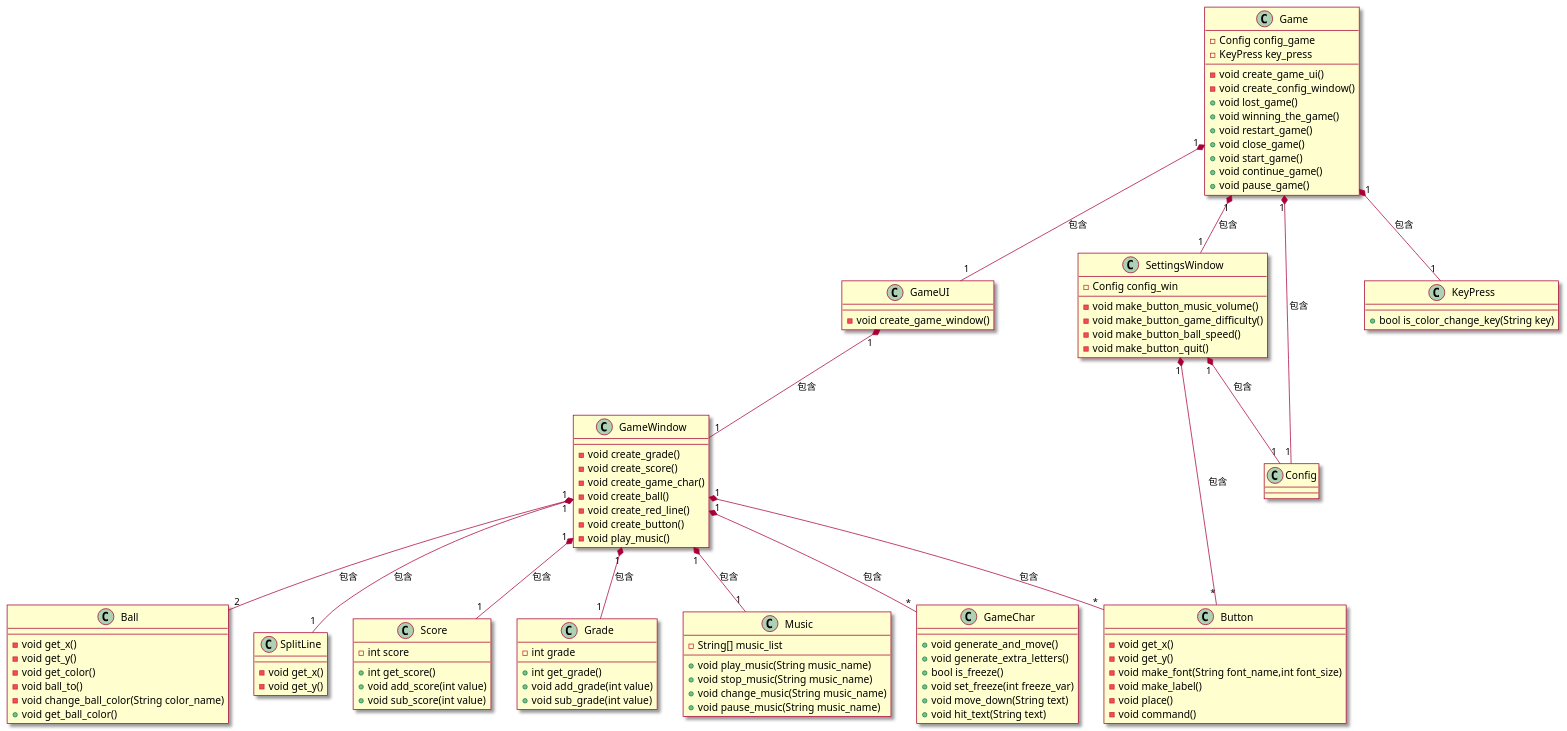
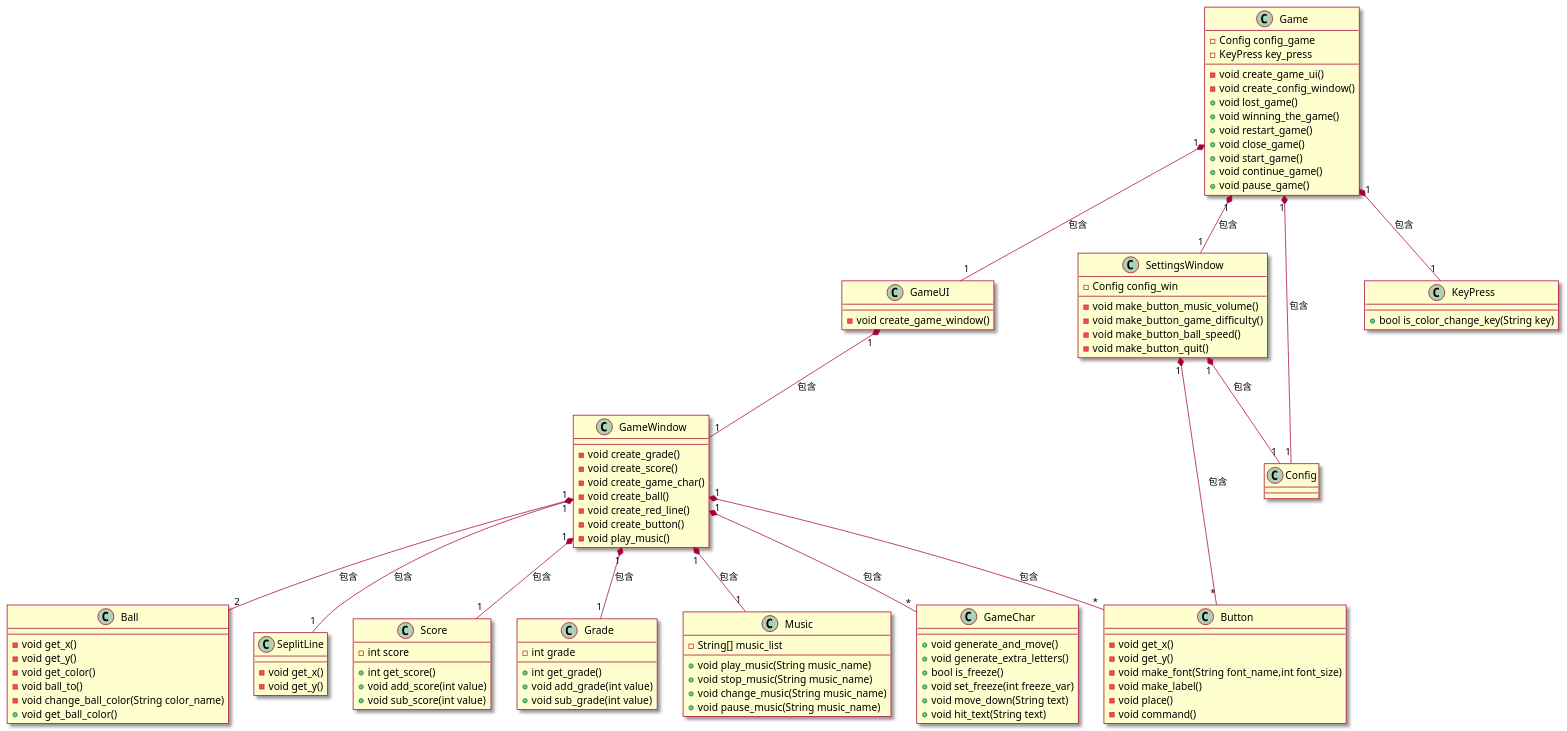
The diagram in Python_module/pc_game_class_diagram_v1.puml (Yanxinle1123/xueXiPython), drawn with PlantUML before and after one commit. The commit also changed 14 other files, not shown here.

Commit message:
#、生成最后的类图

```diff
--- a/Python_module/pc_game_class_diagram_v1.puml
+++ b/Python_module/pc_game_class_diagram_v1.puml
@@ -1,125 +1,125 @@
 @startuml
 skin rose
 
 class Game {
   - Config config_game
   - KeyPress key_press
   - void create_game_ui()
   - void create_config_window()
   + void lost_game()
   + void winning_the_game()
   + void restart_game()
   + void close_game()
   + void start_game()
   + void continue_game()
   + void pause_game()
 
 }
 
 class GameUI {
 - void create_game_window()
 }
 
 class SettingsWindow {
   - Config config_win
   - void make_button_music_volume()
   - void make_button_game_difficulty()
   - void make_button_ball_speed()
   - void make_button_quit()
 }
 
 
 
 class Config
 
 class GameWindow{
   - void create_grade()
   - void create_score()
   - void create_game_char()
   - void create_ball()
   - void create_red_line()
   - void create_button()
   - void play_music()
 }
 
 class Button{
   - void get_x()
   - void get_y()
   - void make_font(String font_name,int font_size)
   - void make_label()
   - void place()
   - void command()
 }
 
 class Ball{
   - void get_x()
   - void get_y()
   - void get_color()
   - void ball_to()
   - void change_ball_color(String color_name)
   + void get_ball_color()
 
 }
 
-class SplitLine{
+class SeplitLine{
   - void get_x()
   - void get_y()
 }
 
 class Score{
   - int score
   + int get_score()
   + void add_score(int value)
   + void sub_score(int value)
 }
 
 class Grade{
   - int grade
   + int get_grade()
   + void add_grade(int value)
   + void sub_grade(int value)
 
 }
 class Music{
   - String[] music_list
   + void play_music(String music_name)
   + void stop_music(String music_name)
   + void change_music(String music_name)
   + void pause_music(String music_name)
 
 }
 class GameChar{
 
   + void generate_and_move()
   + void generate_extra_letters()
   + bool is_freeze()
   + void set_freeze(int freeze_var)
   + void move_down(String text)
   + void hit_text(String text)
 
 }
 
 class KeyPress{
   + bool is_color_change_key(String key)
 }
 
 Game "1" *-- "1" Config:包含
 Game “1” *-- “1” GameUI:包含
 Game “1” *-- “1” SettingsWindow:包含
 Game “1” *-- “1” KeyPress:包含
 
 
 SettingsWindow "1" *-- "*" Button:包含
 SettingsWindow "1" *-- "1" Config:包含
 
 
 GameUI "1" *-- "1" GameWindow:包含
 
 GameWindow "1" *-- "1" Grade:包含
 GameWindow "1" *-- "1" Score:包含
 GameWindow "1" *-- "2" Ball:包含
-GameWindow "1" *-- "1" SplitLine:包含
+GameWindow "1" *-- "1" SeplitLine:包含
 GameWindow "1" *-- "1" Music:包含
 GameWindow "1" *-- "*" Button:包含
 GameWindow "1" *-- "*" GameChar:包含
 @enduml
```
